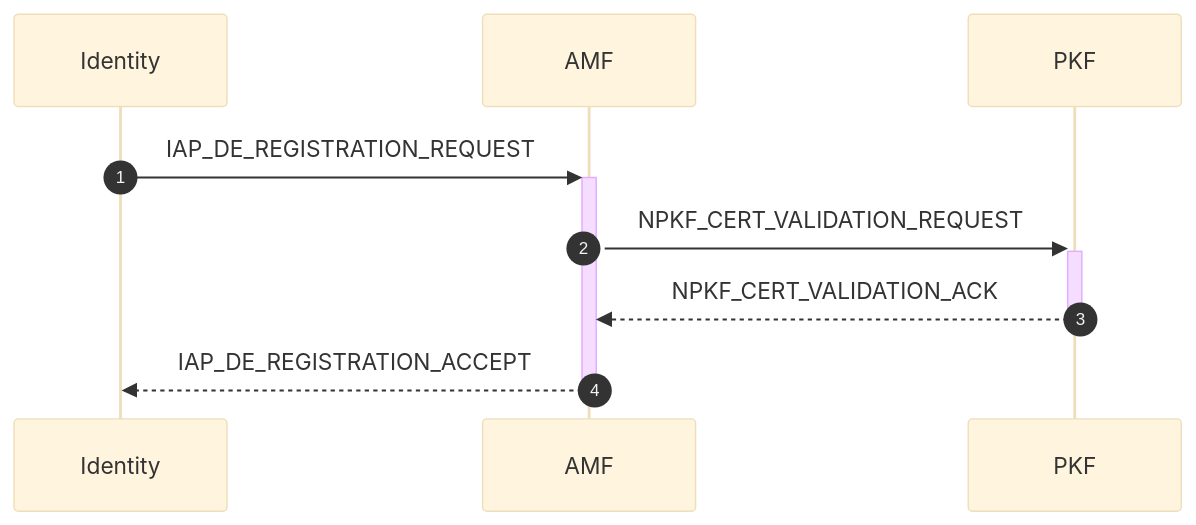
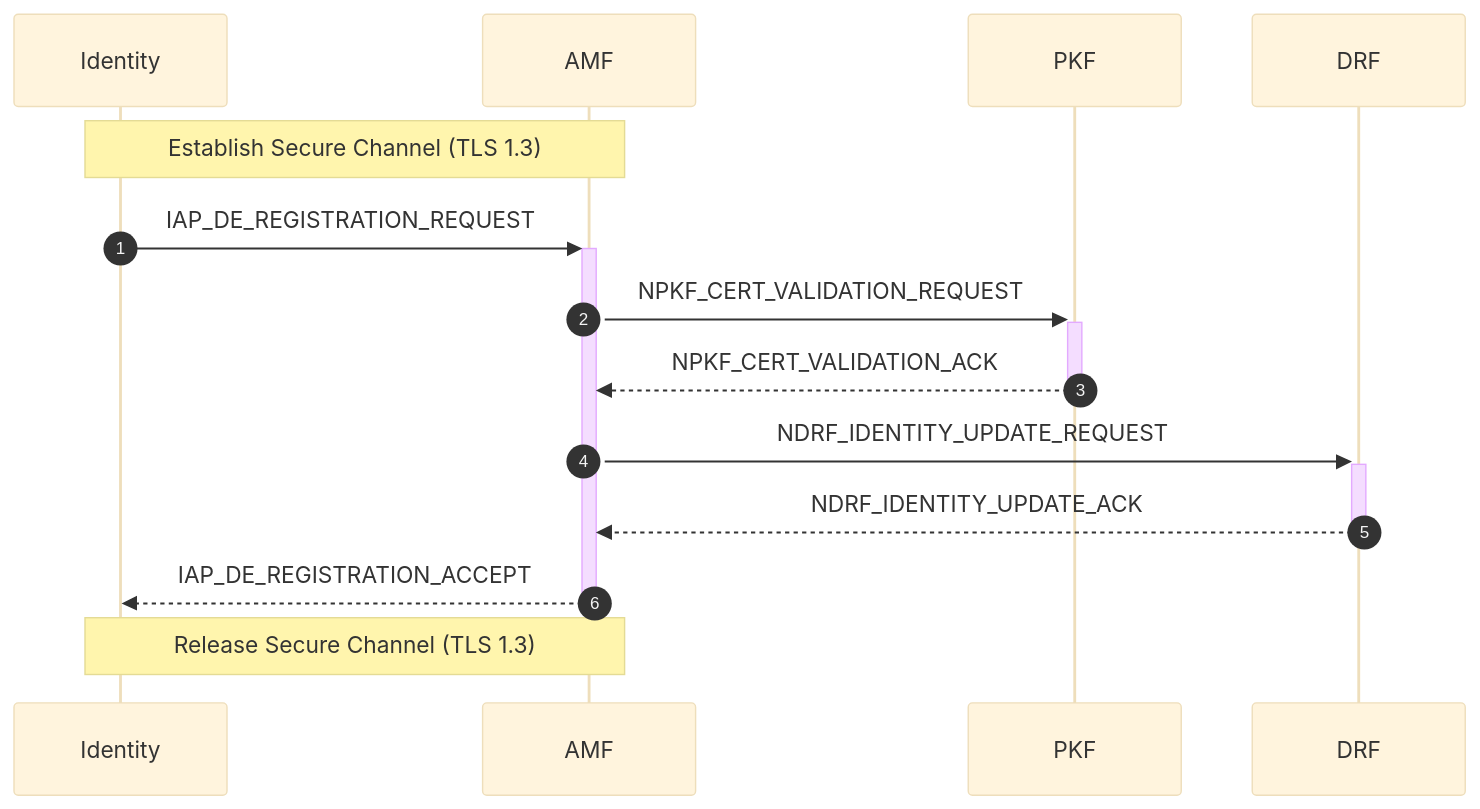
Before and after one commit to veil-link/veilink: the eighth of 16 diagrams in doc/doc-spec/00-series-general/00.002-procedure.md, drawn with Mermaid (base theme). The commit also changed other lines of this file and 1 other file, not shown here.

Commit message:
feat: session and identity operation

````diff
--- a/doc/doc-spec/00-series-general/00.002-procedure.md
+++ b/doc/doc-spec/00-series-general/00.002-procedure.md
@@ -180,13 +178,18 @@
 ```mermaid
 sequenceDiagram
     autonumber
 
     participant id as Identity
     participant amf as AMF
     participant pkf as PKF
+    participant drf as DRF
 
+    Note over id, amf: Establish Secure Channel (TLS 1.3)
     id ->>+ amf: IAP_DE_REGISTRATION_REQUEST
     amf ->>+ pkf: NPKF_CERT_VALIDATION_REQUEST
     pkf -->>- amf: NPKF_CERT_VALIDATION_ACK
+    amf ->>+ drf: NDRF_IDENTITY_UPDATE_REQUEST
+    drf -->>- amf: NDRF_IDENTITY_UPDATE_ACK
     amf -->>- id: IAP_DE_REGISTRATION_ACCEPT
+    Note over id, amf: Release Secure Channel (TLS 1.3)
 ```
````
